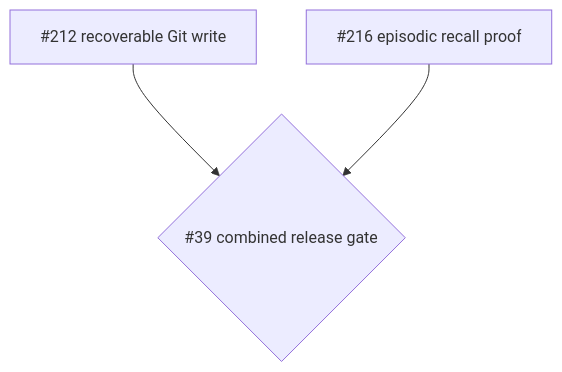
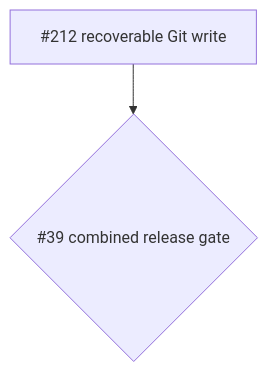
One commit to leon0399/llame changed the diagram in ROADMAP.md. Above: the diagram before and after it, drawn with Mermaid. The commit also changed other lines of this file and 18 other files, not shown here.

````diff
--- a/ROADMAP.md
+++ b/ROADMAP.md
@@ -28,9 +28,7 @@
 ```mermaid
 flowchart TD
     K2["#212 recoverable Git write"]
-    E0["#216 episodic recall proof"]
     Gate{"#39 combined release gate"}
 
     K2 --> Gate
-    E0 --> Gate
 ```
````
